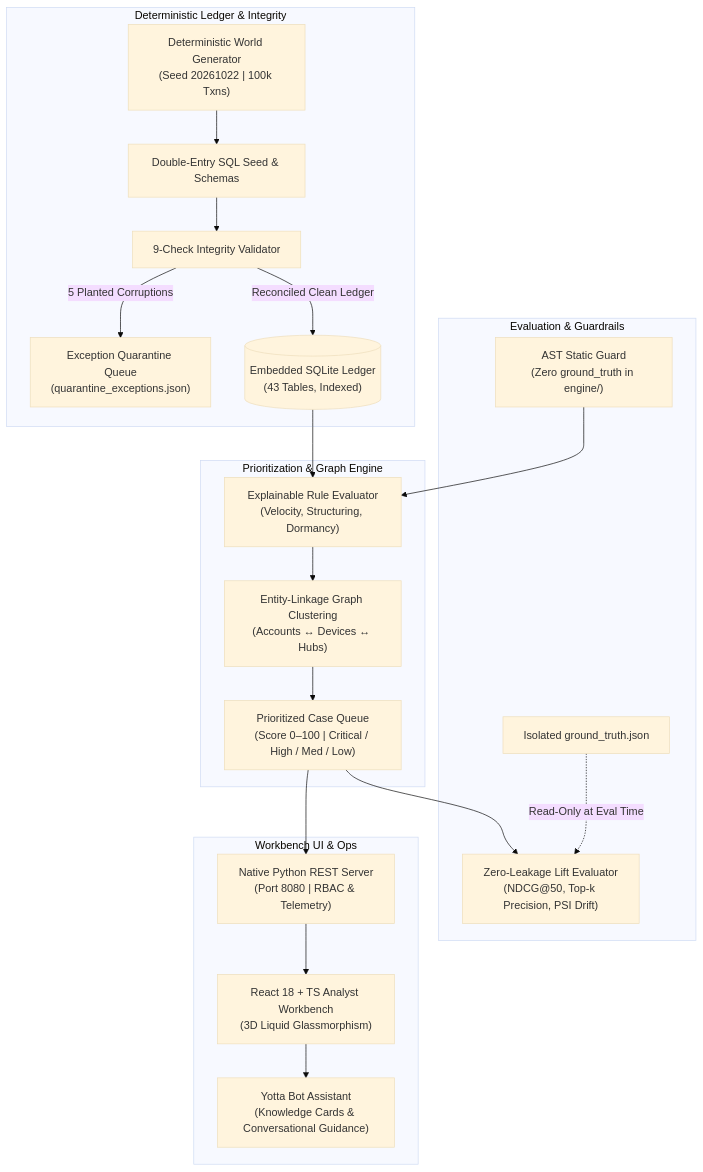
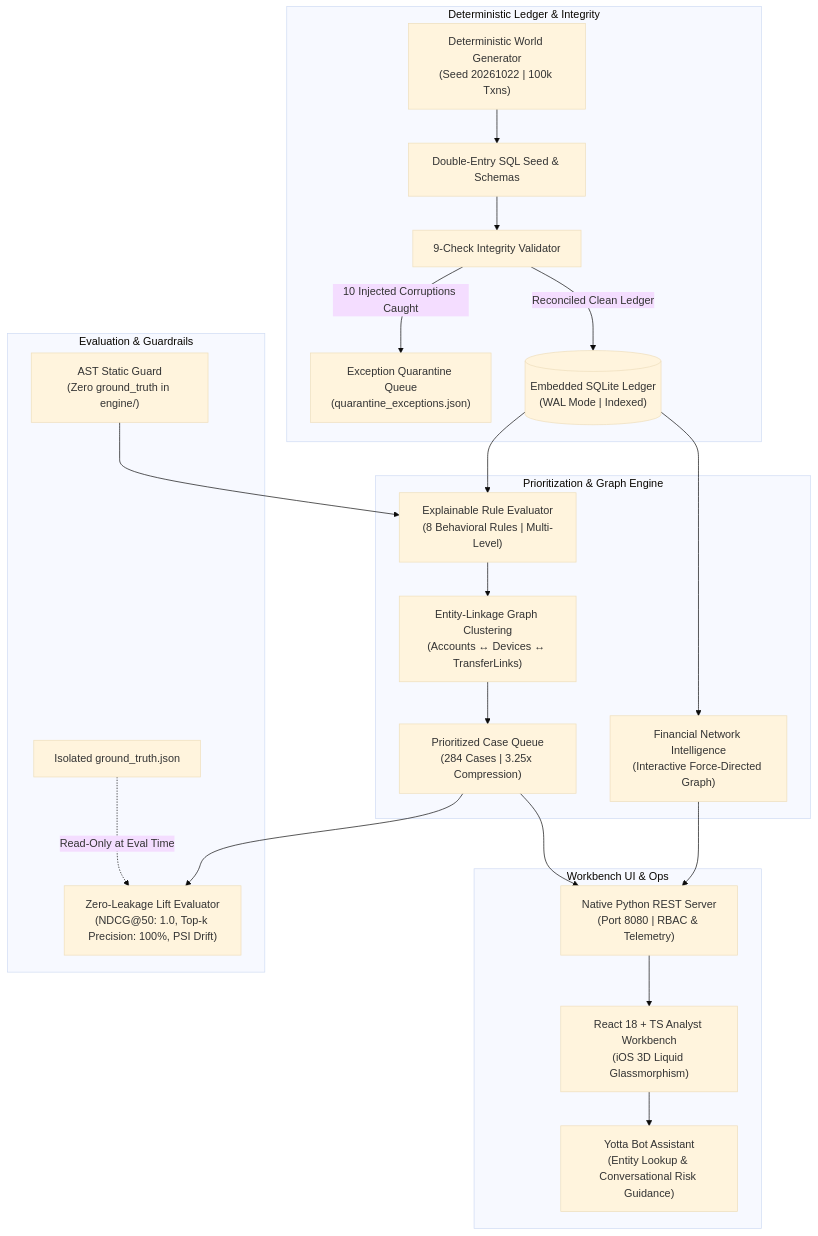
Before and after one commit to amanreddy-9/YottaFlex-Risk-Intelligence: the diagram in README.md, drawn with Mermaid (base theme). The commit also changed other lines of this file and 9 other files, not shown here.

Commit message:
docs: add reviewer setup guide, automated installer, dependencies manifest, validation report, UI/UX specification, user manual, and architecture provenance

````diff
--- a/README.md
+++ b/README.md
@@ -51,27 +74,29 @@
 ```mermaid
 flowchart TD
     subgraph DataPlane ["Deterministic Ledger & Integrity"]
         GEN["Deterministic World Generator<br/>(Seed 20261022 | 100k Txns)"] --> DDL["Double-Entry SQL Seed & Schemas"]
         DDL --> VAL["9-Check Integrity Validator"]
-        VAL -->|5 Planted Corruptions| QUAR["Exception Quarantine Queue<br/>(quarantine_exceptions.json)"]
-        VAL -->|Reconciled Clean Ledger| DB[("Embedded SQLite Ledger<br/>(43 Tables, Indexed)")]
+        VAL -->|10 Injected Corruptions Caught| QUAR["Exception Quarantine Queue<br/>(quarantine_exceptions.json)"]
+        VAL -->|Reconciled Clean Ledger| DB[("Embedded SQLite Ledger<br/>(WAL Mode | Indexed)")]
     end
 
     subgraph IntelligencePlane ["Prioritization & Graph Engine"]
-        DB --> RULES["Explainable Rule Evaluator<br/>(Velocity, Structuring, Dormancy)"]
-        RULES --> GRAPH["Entity-Linkage Graph Clustering<br/>(Accounts ↔ Devices ↔ Hubs)"]
-        GRAPH --> CASES["Prioritized Case Queue<br/>(Score 0–100 | Critical / High / Med / Low)"]
+        DB --> RULES["Explainable Rule Evaluator<br/>(8 Behavioral Rules | Multi-Level)"]
+        RULES --> GRAPH["Entity-Linkage Graph Clustering<br/>(Accounts ↔ Devices ↔ TransferLinks)"]
+        GRAPH --> CASES["Prioritized Case Queue<br/>(284 Cases | 3.25x Compression)"]
+        DB --> NET["Financial Network Intelligence<br/>(Interactive Force-Directed Graph)"]
     end
 
     subgraph GovernancePlane ["Evaluation & Guardrails"]
-        CASES --> EVAL["Zero-Leakage Lift Evaluator<br/>(NDCG@50, Top-k Precision, PSI Drift)"]
+        CASES --> EVAL["Zero-Leakage Lift Evaluator<br/>(NDCG@50: 1.0, Top-k Precision: 100%, PSI Drift)"]
         GT["Isolated ground_truth.json"] -.->|Read-Only at Eval Time| EVAL
         AST["AST Static Guard<br/>(Zero ground_truth in engine/)"] --> RULES
     end
 
     subgraph AnalystPlane ["Workbench UI & Ops"]
         CASES --> API["Native Python REST Server<br/>(Port 8080 | RBAC & Telemetry)"]
-        API --> UI["React 18 + TS Analyst Workbench<br/>(3D Liquid Glassmorphism)"]
-        UI --> BOT["Yotta Bot Assistant<br/>(Knowledge Cards & Conversational Guidance)"]
+        NET --> API
+        API --> UI["React 18 + TS Analyst Workbench<br/>(iOS 3D Liquid Glassmorphism)"]
+        UI --> BOT["Yotta Bot Assistant<br/>(Entity Lookup & Conversational Risk Guidance)"]
     end
 ```
````
